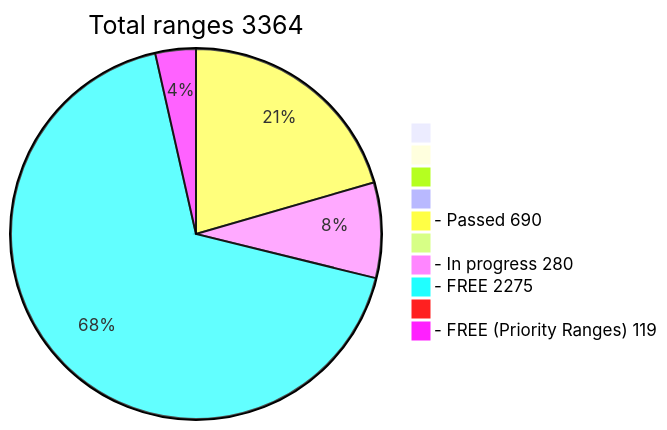
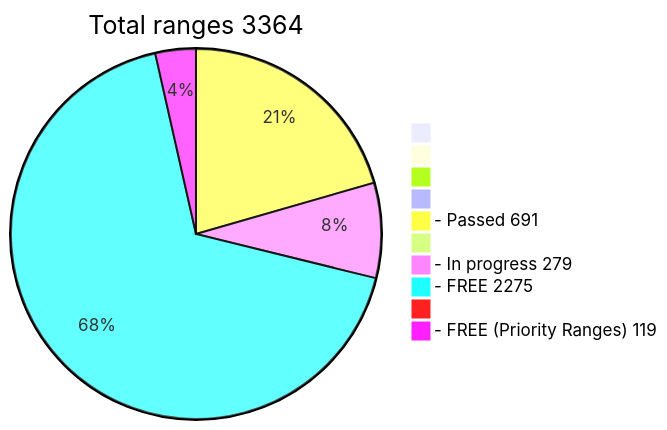
Before and after one commit to phrutis/wif500: the diagram in README.md, drawn with Mermaid.

````diff
--- a/README.md
+++ b/README.md
@@ -16,13 +16,13 @@
 ```mermaid
 pie title Total ranges 3364
              " " : 0
             "  " : 0
            "   " : 0
           "    " : 0
-  "- Passed 690" : 690
+  "- Passed 691" : 691
          "     " : 0
-  "- In progress 280" : 280
+  "- In progress 279" : 279
    "- FREE 2275" : 2275
         "      " : 0
   "- FREE (Priority Ranges) 119" : 119
 ```
````
